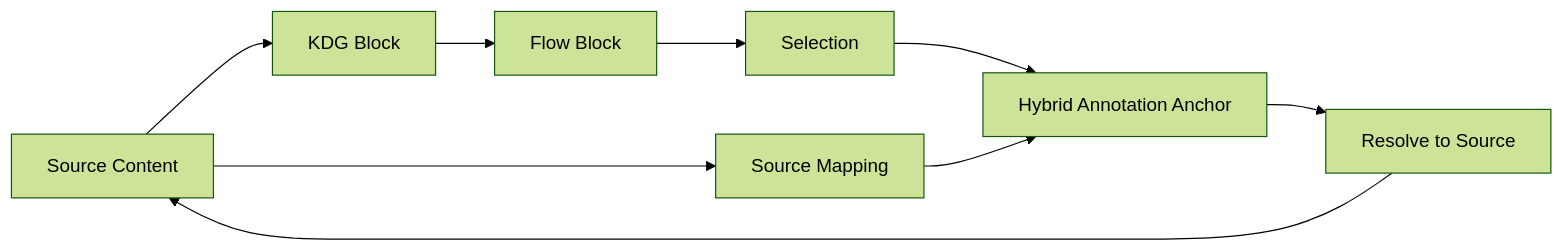
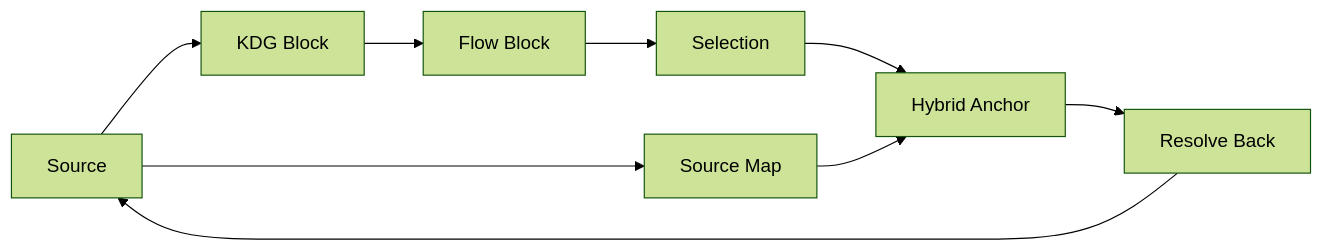
Before and after one commit to aaditya140103/kola: the seventh of 11 diagrams in docs/PROJECT_GRAPH.md, drawn with Mermaid (forest theme). The commit also changed other lines of this file, not shown here.

Commit message:
docs: add reader state persistence loop to project graph

````diff
--- a/docs/PROJECT_GRAPH.md
+++ b/docs/PROJECT_GRAPH.md
@@ -154,13 +128,5 @@
 ```mermaid
 flowchart LR
-    Source[Source Content]
-    Block[KDG Block]
-    Map[Source Mapping]
-    Flow[Flow Block]
-    Selection[Selection]
-    Anchor[Hybrid Annotation Anchor]
-    Back[Resolve to Source]
-
-    Source --> Block --> Flow --> Selection --> Anchor
-    Source --> Map --> Anchor --> Back --> Source
+    Source[Source] --> Block[KDG Block] --> Flow[Flow Block] --> Selection[Selection] --> Anchor[Hybrid Anchor]
+    Source --> Map[Source Map] --> Anchor --> Back[Resolve Back] --> Source
 ```
````
